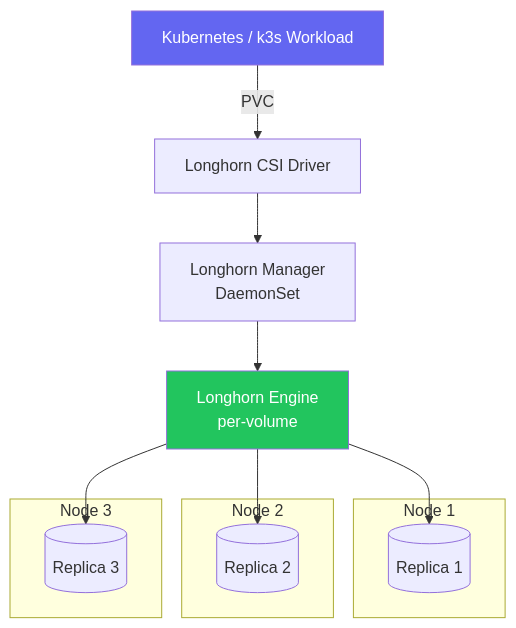
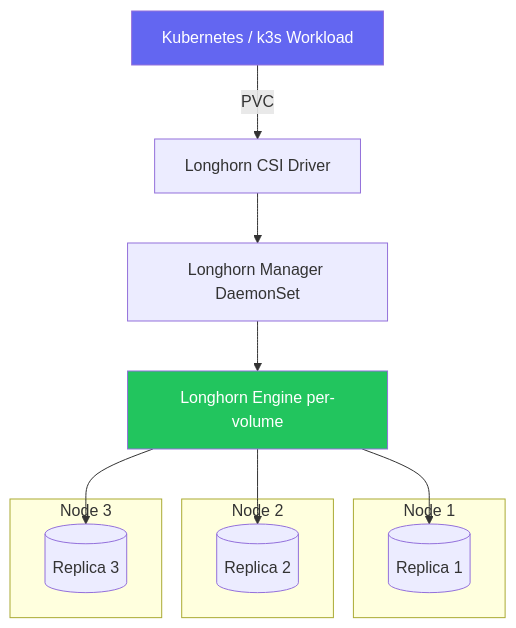
The first of 4 diagrams in 05_storage/03_longhorn_setup.md (UncleJS/course_k3s), drawn with Mermaid before and after one commit. The commit also changed other lines of this file and 57 other files, not shown here.

````diff
--- a/05_storage/03_longhorn_setup.md
+++ b/05_storage/03_longhorn_setup.md
@@ -32,25 +32,25 @@
 ```mermaid
 graph TB
     K8S[Kubernetes / k3s Workload]
     CSI[Longhorn CSI Driver]
-    LM[Longhorn Manager\nDaemonSet]
-    LE[Longhorn Engine\nper-volume]
+    LM[Longhorn Manager DaemonSet]
+    LE[Longhorn Engine per-volume]
 
     subgraph "Node 1"
         R1[(Replica 1)]
     end
     subgraph "Node 2"
         R2[(Replica 2)]
     end
     subgraph "Node 3"
         R3[(Replica 3)]
     end
 
     K8S -->|"PVC"| CSI
     CSI --> LM
     LM --> LE
     LE --> R1 & R2 & R3
 
     style K8S fill:#6366f1,color:#fff
     style LE fill:#22c55e,color:#fff
 ```
````
